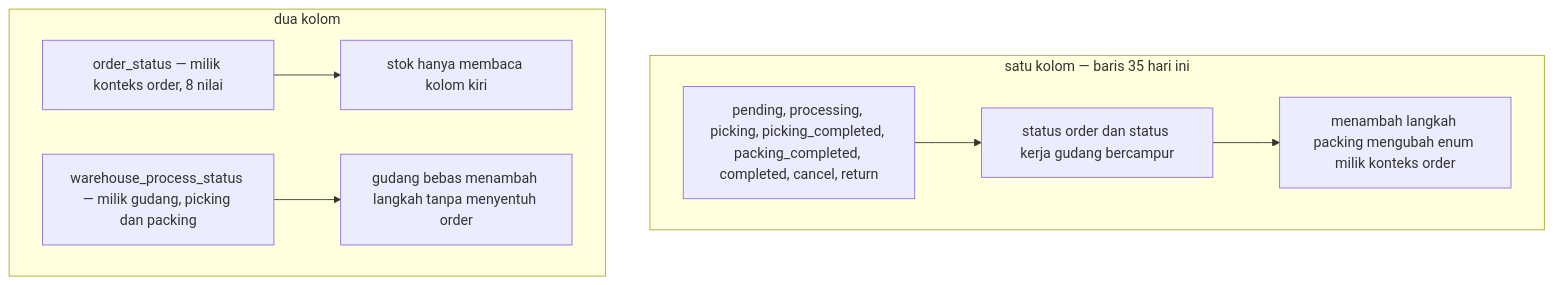
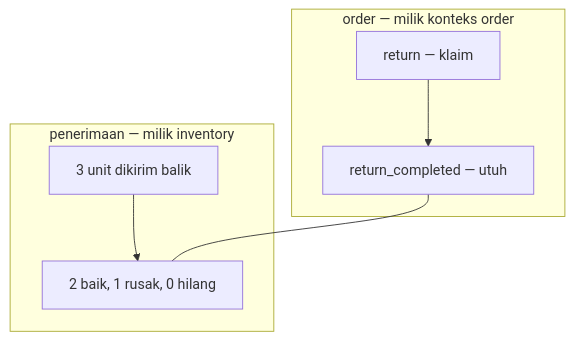
Before and after one commit to pdcgo/warehouse_revamp: the fifth of 12 diagrams in docs/business/stock_thoni/context_clarify.md, drawn with Mermaid. The commit also changed other lines of this file and 12 other files, not shown here.

Commit message:
finish context "restock flow"

````diff
--- a/docs/business/stock_thoni/context_clarify.md
+++ b/docs/business/stock_thoni/context_clarify.md
@@ -53,14 +563,10 @@
 ```mermaid
 flowchart TB
-  subgraph "satu kolom — baris 35 hari ini"
-    A["pending, processing, picking, picking_completed, packing_completed, completed, cancel, return"]
-    A --> A2["status order dan status kerja gudang bercampur"]
-    A2 --> A3["menambah langkah packing mengubah enum milik konteks order"]
+  subgraph "order — milik konteks order"
+    O1["return — klaim"] --> O2["return_completed — utuh"]
   end
-  subgraph "dua kolom"
-    B1["order_status — milik konteks order, 8 nilai"]
-    B2["warehouse_process_status — milik gudang, picking dan packing"]
-    B1 --> B3["stok hanya membaca kolom kiri"]
-    B2 --> B4["gudang bebas menambah langkah tanpa menyentuh order"]
+  subgraph "penerimaan — milik inventory"
+    R1["3 unit dikirim balik"] --> R2["2 baik, 1 rusak, 0 hilang"]
   end
+  O2 --- R2
 ```
````
